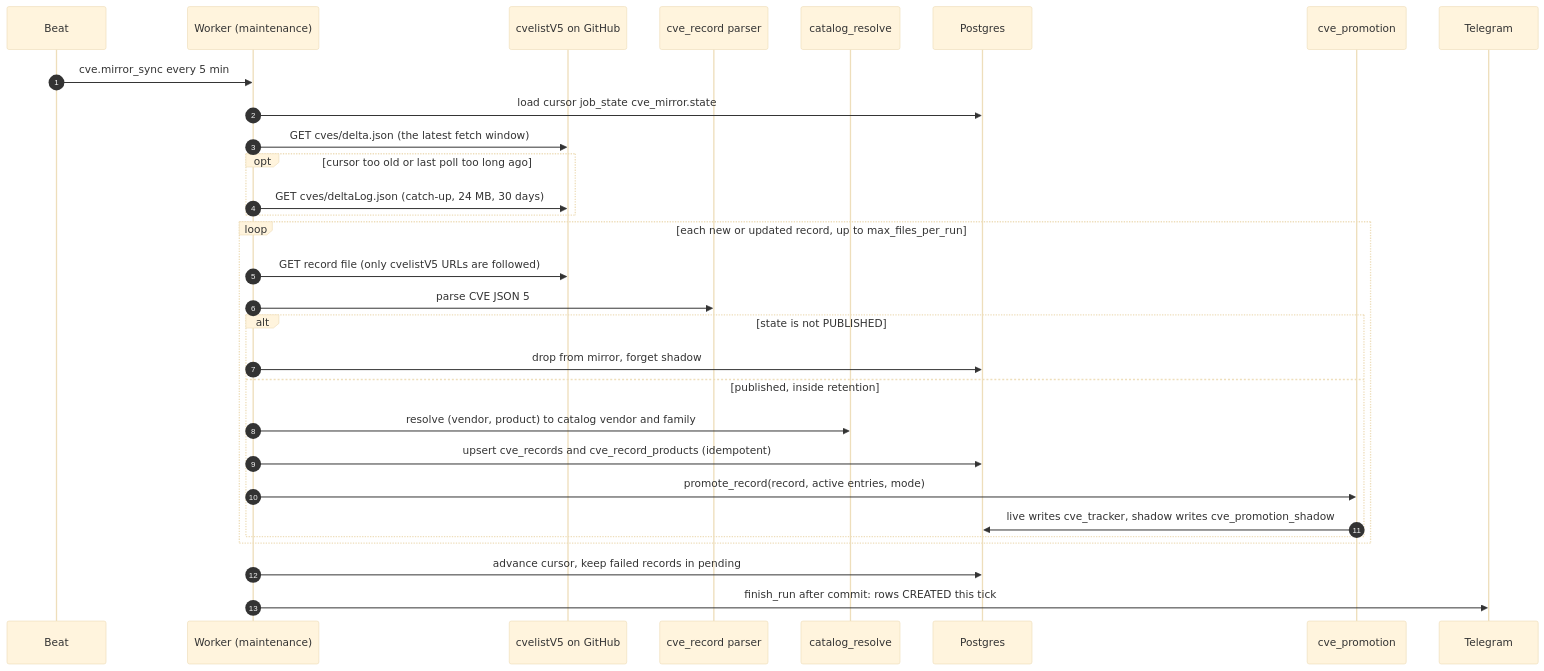
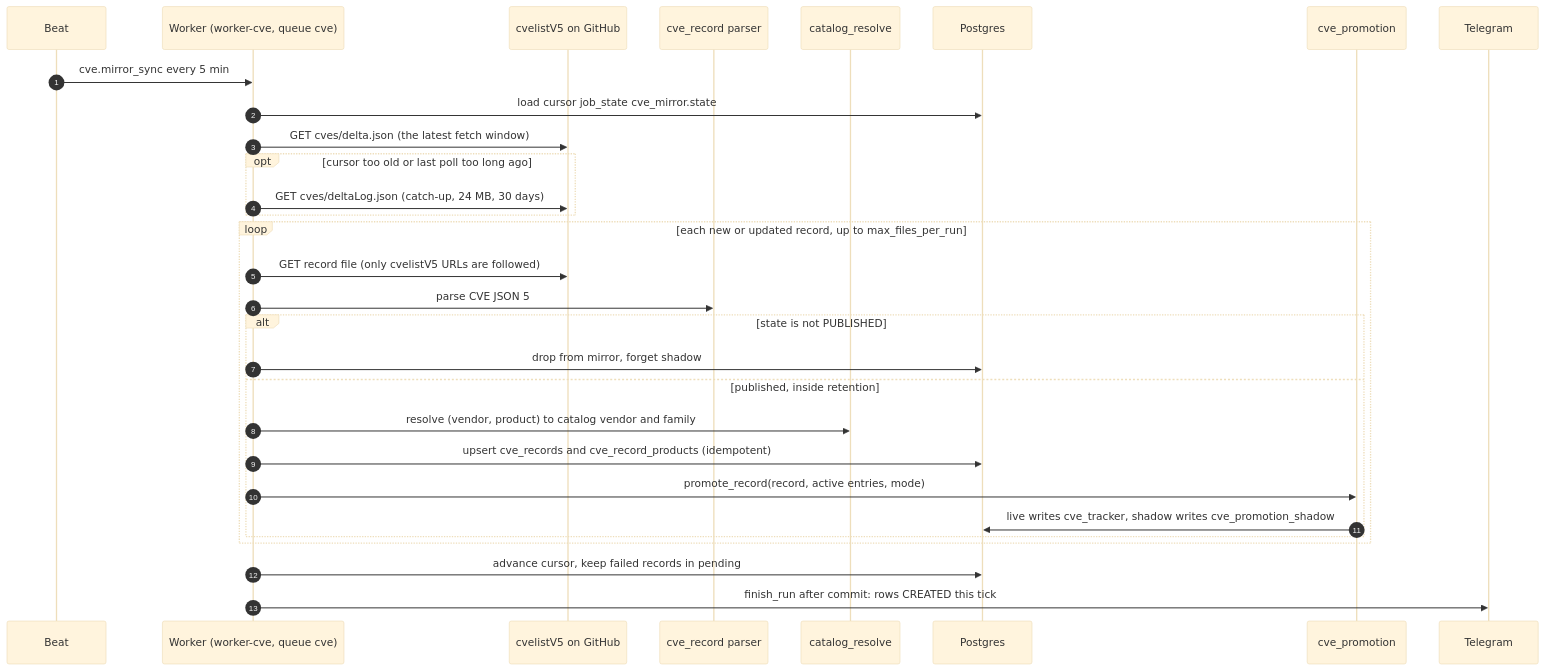
The fifth of 11 diagrams in docs/CVE_END_TO_END.md (ikblmhndra/Vareon-Intelligence), drawn with Mermaid (base theme) before and after one commit. The commit also changed other lines of this file and 24 other files, not shown here.

````diff
--- a/docs/CVE_END_TO_END.md
+++ b/docs/CVE_END_TO_END.md
@@ -211,33 +224,33 @@
 ```mermaid
 sequenceDiagram
   autonumber
   participant Beat
-  participant W as Worker (maintenance)
+  participant W as Worker (worker-cve, queue cve)
   participant G as cvelistV5 on GitHub
   participant P as cve_record parser
   participant C as catalog_resolve
   participant DB as Postgres
   participant PR as cve_promotion
   participant TG as Telegram
 
   Beat->>W: cve.mirror_sync every 5 min
   W->>DB: load cursor job_state cve_mirror.state
   W->>G: GET cves/delta.json (the latest fetch window)
   opt cursor too old or last poll too long ago
     W->>G: GET cves/deltaLog.json (catch-up, 24 MB, 30 days)
   end
   loop each new or updated record, up to max_files_per_run
     W->>G: GET record file (only cvelistV5 URLs are followed)
     W->>P: parse CVE JSON 5
     alt state is not PUBLISHED
       W->>DB: drop from mirror, forget shadow
     else published, inside retention
       W->>C: resolve (vendor, product) to catalog vendor and family
       W->>DB: upsert cve_records and cve_record_products (idempotent)
       W->>PR: promote_record(record, active entries, mode)
       PR->>DB: live writes cve_tracker, shadow writes cve_promotion_shadow
     end
   end
   W->>DB: advance cursor, keep failed records in pending
   W->>TG: finish_run after commit: rows CREATED this tick
 ```
````
